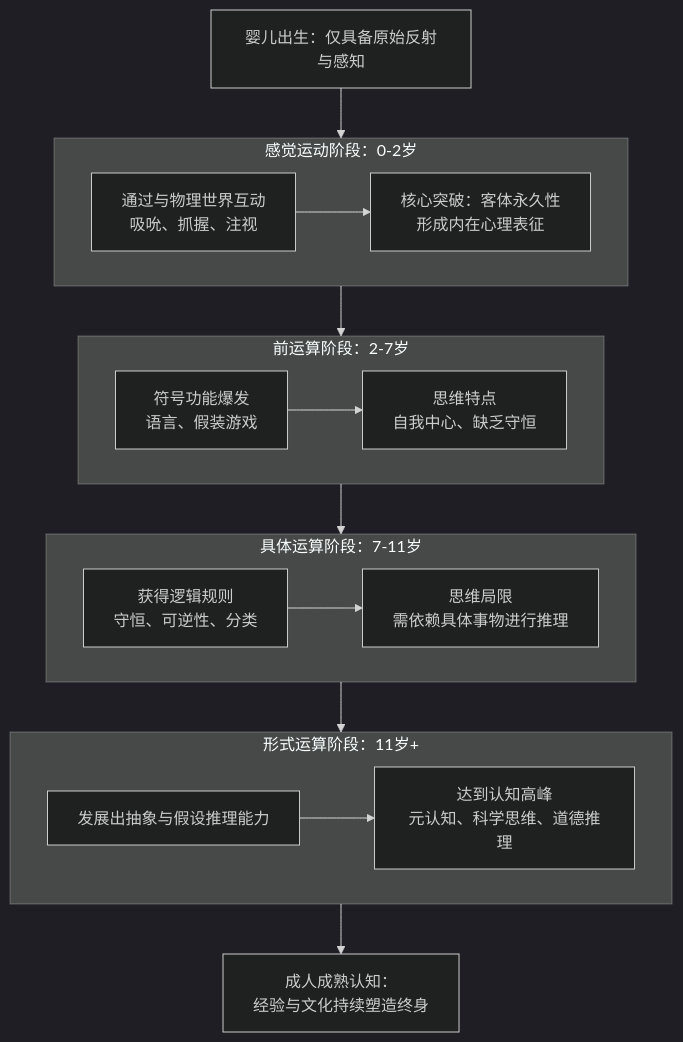
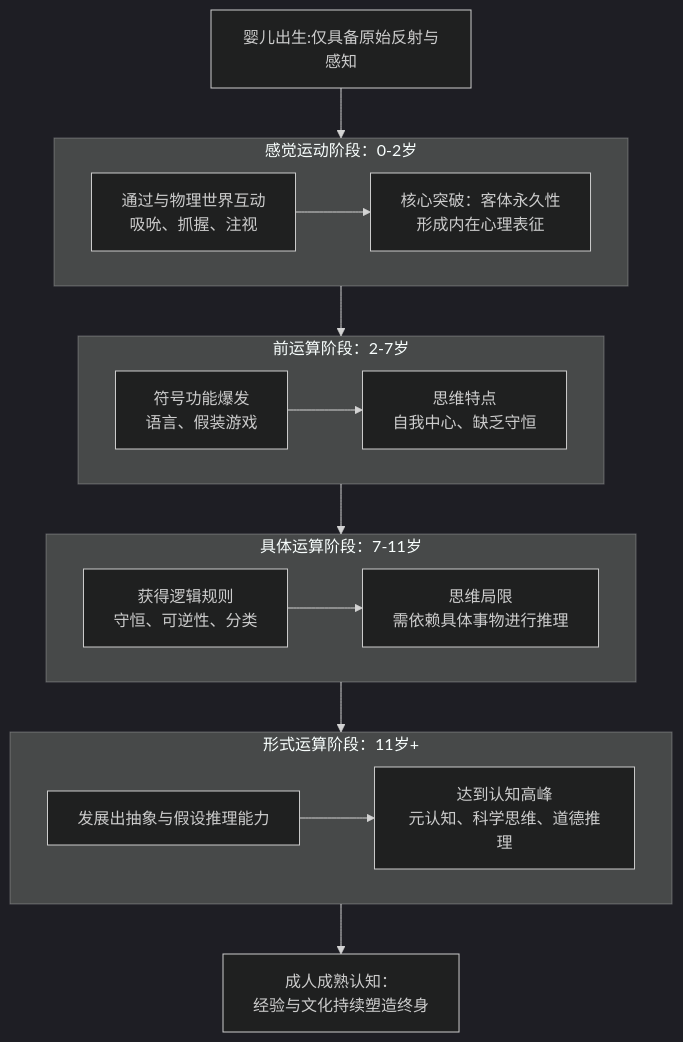
One commit to chail233/chailBlog changed the first of 2 diagrams in src/blog/WaiWuBao/人类与大模型.md. Above: the diagram before and after it, drawn with Mermaid (dark theme). The commit also changed other lines of this file, not shown here.

Commit message:
feat:add descriptions

````diff
--- a/src/blog/WaiWuBao/人类与大模型.md
+++ b/src/blog/WaiWuBao/人类与大模型.md
@@ -22,28 +22,28 @@
 ```mermaid
 graph TD
-    Start[ 婴儿出生：仅具备原始反射与感知] --> Stage1
+    Start[ 婴儿出生:仅具备原始反射与感知] --> Stage1
 
     subgraph Stage1 [感觉运动阶段：0-2岁]
         A1[通过与物理世界互动<br>吸吮、抓握、注视] --> A2[核心突破：客体永久性<br>形成内在心理表征]
     end
 
     Stage1 --> Stage2
 
     subgraph Stage2 [前运算阶段：2-7岁]
         B1[符号功能爆发<br>语言、假装游戏] --> B2[思维特点<br>自我中心、缺乏守恒]
     end
 
     Stage2 --> Stage3
 
     subgraph Stage3 [具体运算阶段：7-11岁]
         C1[获得逻辑规则<br>守恒、可逆性、分类] --> C2[思维局限<br>需依赖具体事物进行推理]
     end
 
     Stage3 --> Stage4
 
     subgraph Stage4 [形式运算阶段：11岁+]
         D1[发展出抽象与假设推理能力] --> D2[达到认知高峰<br>元认知、科学思维、道德推理]
     end
 
     Stage4 --> EndNode[成人成熟认知：<br>经验与文化持续塑造终身]
 ```
````
